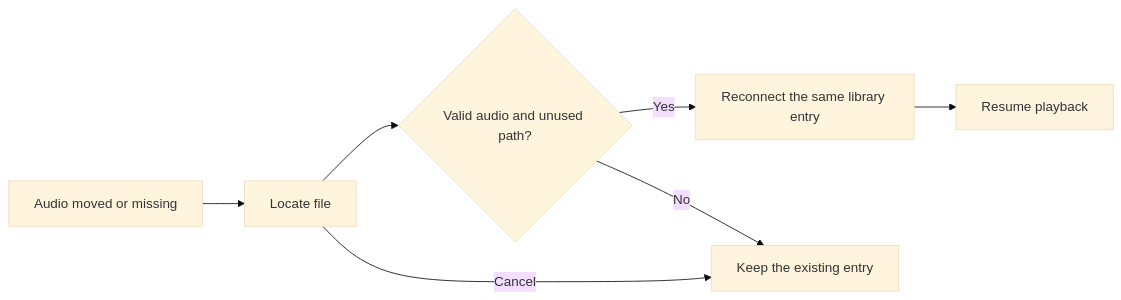
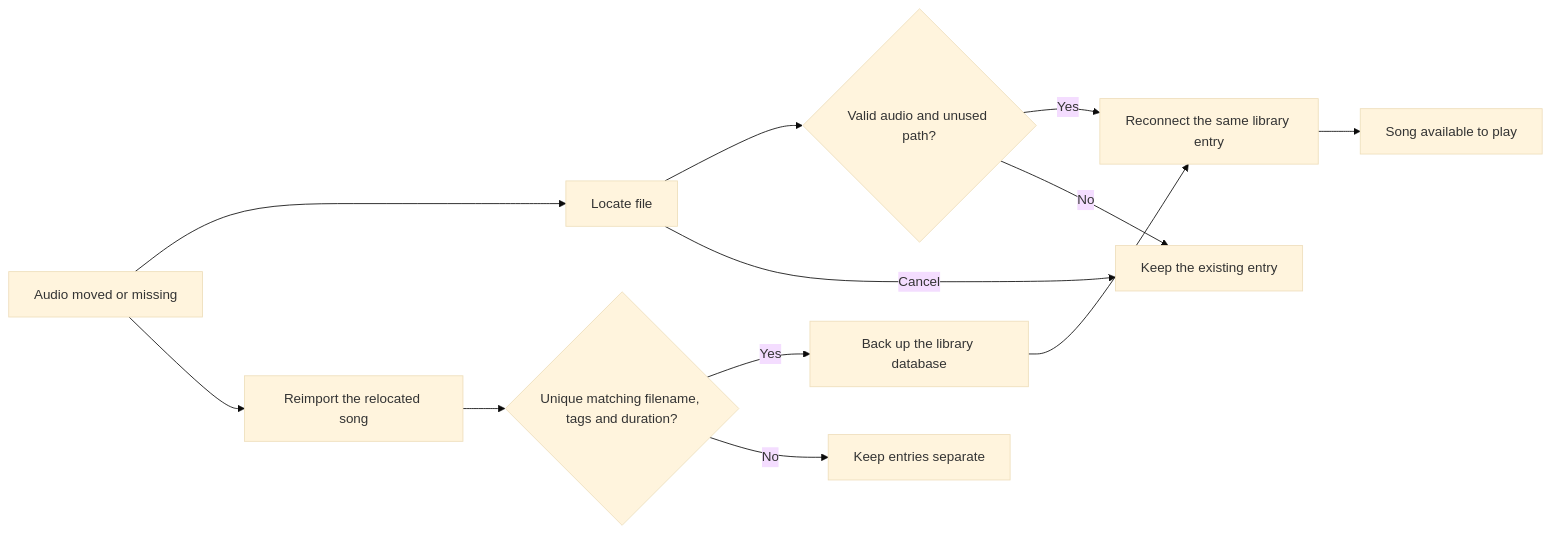
One commit to naveed-gung/Monolith-DE changed the second of 3 diagrams in README.md. Above: the diagram before and after it, drawn with Mermaid (base theme). The commit also changed other lines of this file and 15 other files, not shown here.

````diff
--- a/README.md
+++ b/README.md
@@ -88,9 +95,14 @@
 ```mermaid
 flowchart LR
     Missing["Audio moved or missing"] --> Locate["Locate file"]
     Locate --> Check{"Valid audio and unused path?"}
     Check -- Yes --> Reconnect["Reconnect the same library entry"]
-    Reconnect --> Play["Resume playback"]
+    Reconnect --> Play["Song available to play"]
     Check -- No --> Keep["Keep the existing entry"]
     Locate -- Cancel --> Keep
+    Missing --> Import["Reimport the relocated song"]
+    Import --> Match{"Unique matching filename, tags and duration?"}
+    Match -- Yes --> Backup["Back up the library database"]
+    Backup --> Reconnect
+    Match -- No --> Separate["Keep entries separate"]
 ```
````
